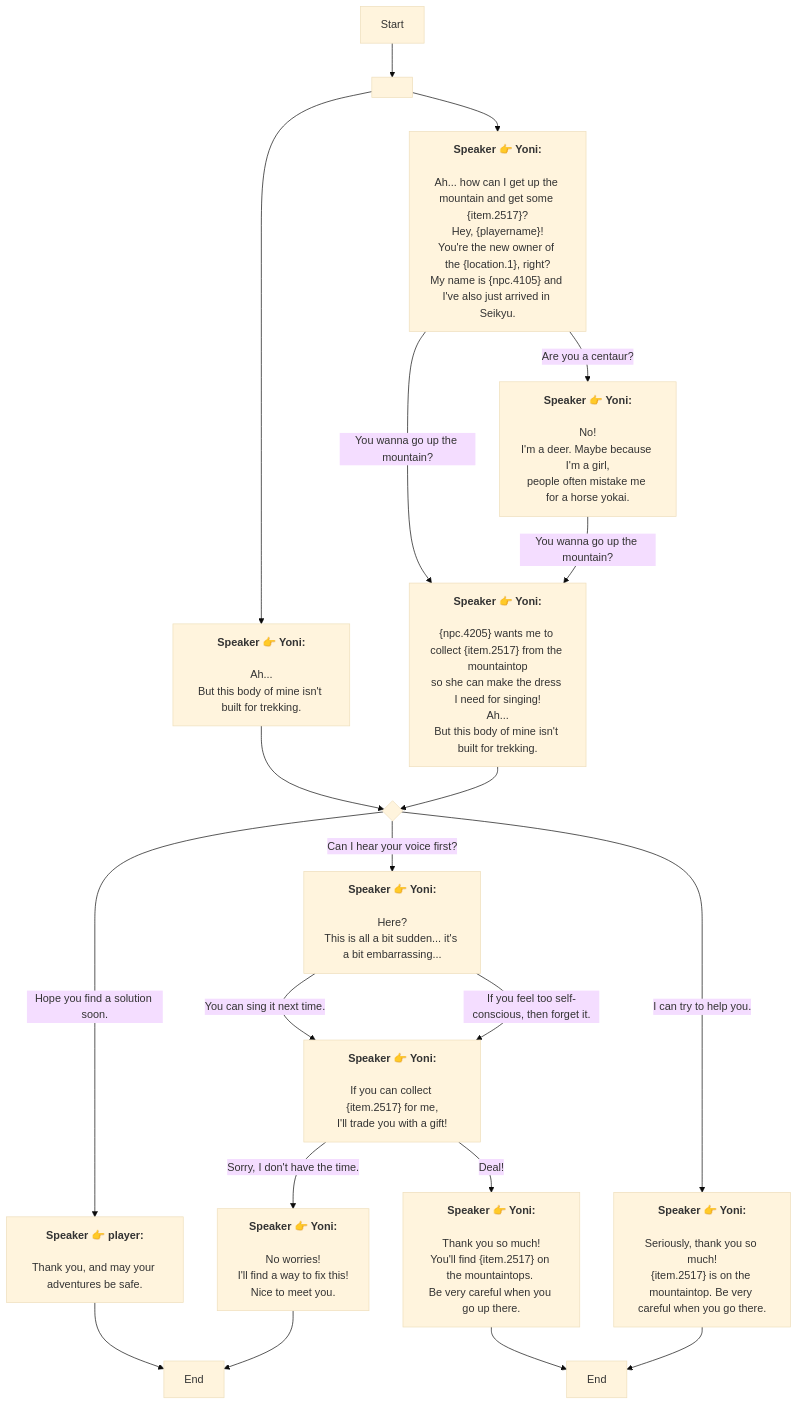
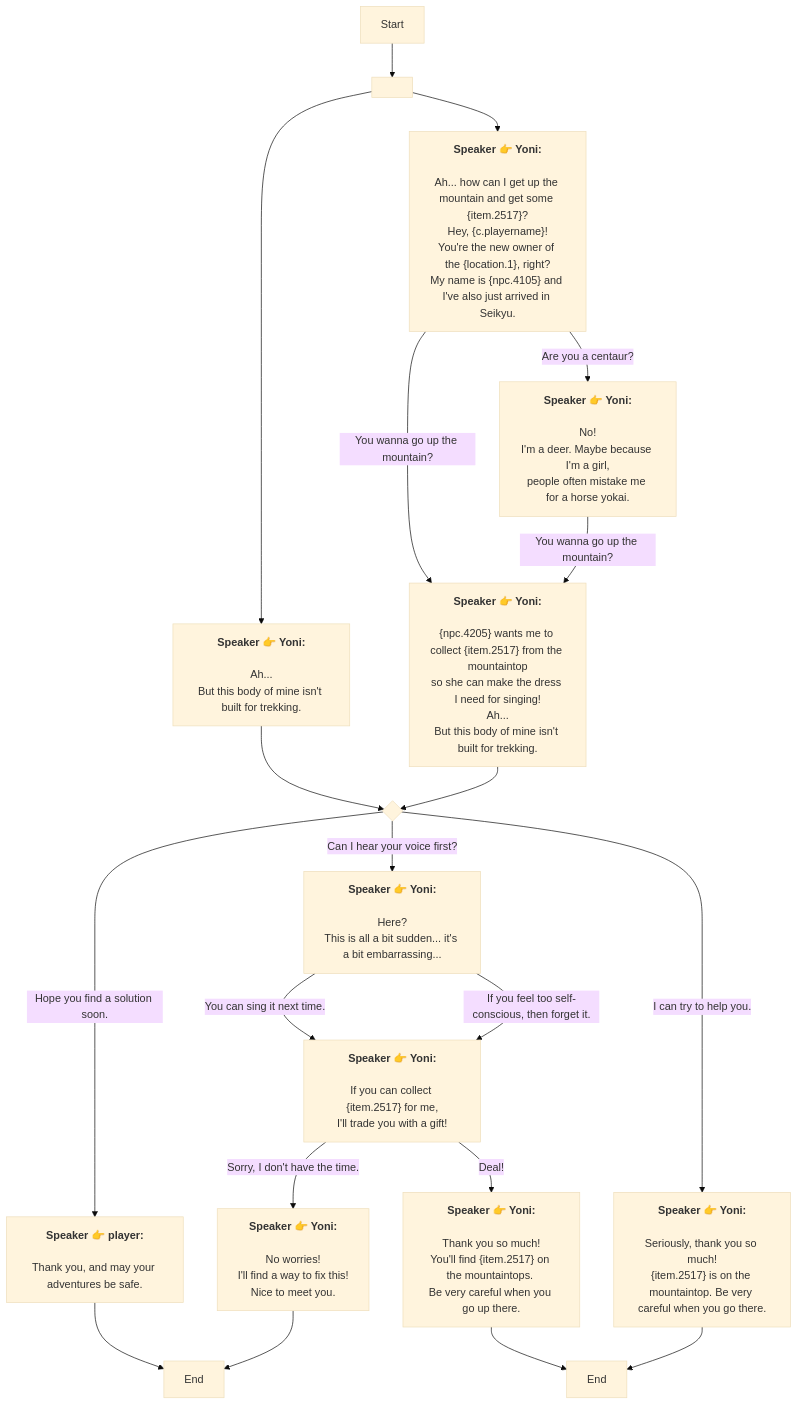
Before and after one commit to SoftHu/tos_avg: the diagram in En/QuestTalkStarterNode_1738285557884075.md, drawn with Mermaid (base theme). The commit also changed 410 other files, not shown here.

````diff
--- a/En/QuestTalkStarterNode_1738285557884075.md
+++ b/En/QuestTalkStarterNode_1738285557884075.md
@@ -1,52 +1,52 @@
 ```mermaid
 graph
 Start -->1738287834941662[ ]
 1738287834941662 -->1738287908723935[<b>Speaker 👉 Yoni:</b>
 \nAh...
 But this body of mine isn't built for trekking.]
 1738287834941662 -->1738285999573172[<b>Speaker 👉 Yoni:</b>
-\nAh... how can I get up the mountain and get some &lbrace;item.2517&rbrace;?\nHey, &lbrace;playername&rbrace;!
+\nAh... how can I get up the mountain and get some &lbrace;item.2517&rbrace;?\nHey, &lbrace;c.playername&rbrace;!
 You're the new owner of the &lbrace;location.1&rbrace;, right?
 My name is &lbrace;npc.4105&rbrace; and I've also just arrived in Seikyu.]
 1738287908723935 -->434571977180983{ }
 1738287216834759 -->1738288124658912[End]
 434571977180983 -->|Hope you find a solution soon.|1738287216834759[<b>Speaker 👉 player:</b>
 \nThank you, and may your adventures be safe.]
 434571977180983 -->|Can I hear your voice first?|1738287283890381[<b>Speaker 👉 Yoni:</b>
 \nHere?
 This is all a bit sudden... it's a bit embarrassing...]
 434571977180983 -->|I can try to help you.|1738287397582039[<b>Speaker 👉 Yoni:</b>
 \nSeriously, thank you so much!
 &lbrace;item.2517&rbrace; is on the mountaintop. Be very careful when you go there.]
 1738287283890381 -->|You can sing it next time.|1738287339132115[<b>Speaker 👉 Yoni:</b>
 \nIf you can collect &lbrace;item.2517&rbrace; for me,
 I'll trade you with a gift!]
 1738287283890381 -->|If you feel too self-conscious, then forget it.|1738287339132115[<b>Speaker 👉 Yoni:</b>
 \nIf you can collect &lbrace;item.2517&rbrace; for me,
 I'll trade you with a gift!]
 1738287339132115 -->|Deal!|1738287491991770[<b>Speaker 👉 Yoni:</b>
 \nThank you so much!
 You'll find &lbrace;item.2517&rbrace; on the mountaintops. 
 Be very careful when you go up there.]
 1738287339132115 -->|Sorry, I don't have the time.|1738287685928156[<b>Speaker 👉 Yoni:</b>
 \nNo worries!
 I'll find a way to fix this!
 Nice to meet you.]
 1738287491991770 -->1738287669031131[End]
 1738287685928156 -->1738288124658912[End]
 1738287397582039 -->1738287669031131[End]
 1738285999573172 -->|Are you a centaur?|1738286345339066[<b>Speaker 👉 Yoni:</b>
 \nNo!
 I'm a deer. Maybe because I'm a girl,
 people often mistake me for a horse yokai.]
 1738285999573172 -->|You wanna go up the mountain?|1738286492721339[<b>Speaker 👉 Yoni:</b>
 \n&lbrace;npc.4205&rbrace; wants me to collect &lbrace;item.2517&rbrace; from the mountaintop
 so she can make the dress I need for singing!\nAh...
 But this body of mine isn't built for trekking.]
 1738286345339066 -->|You wanna go up the mountain?|1738286492721339[<b>Speaker 👉 Yoni:</b>
 \n&lbrace;npc.4205&rbrace; wants me to collect &lbrace;item.2517&rbrace; from the mountaintop
 so she can make the dress I need for singing!\nAh...
 But this body of mine isn't built for trekking.]
 1738286492721339 -->434571977180983{ }
 
 ```
````
